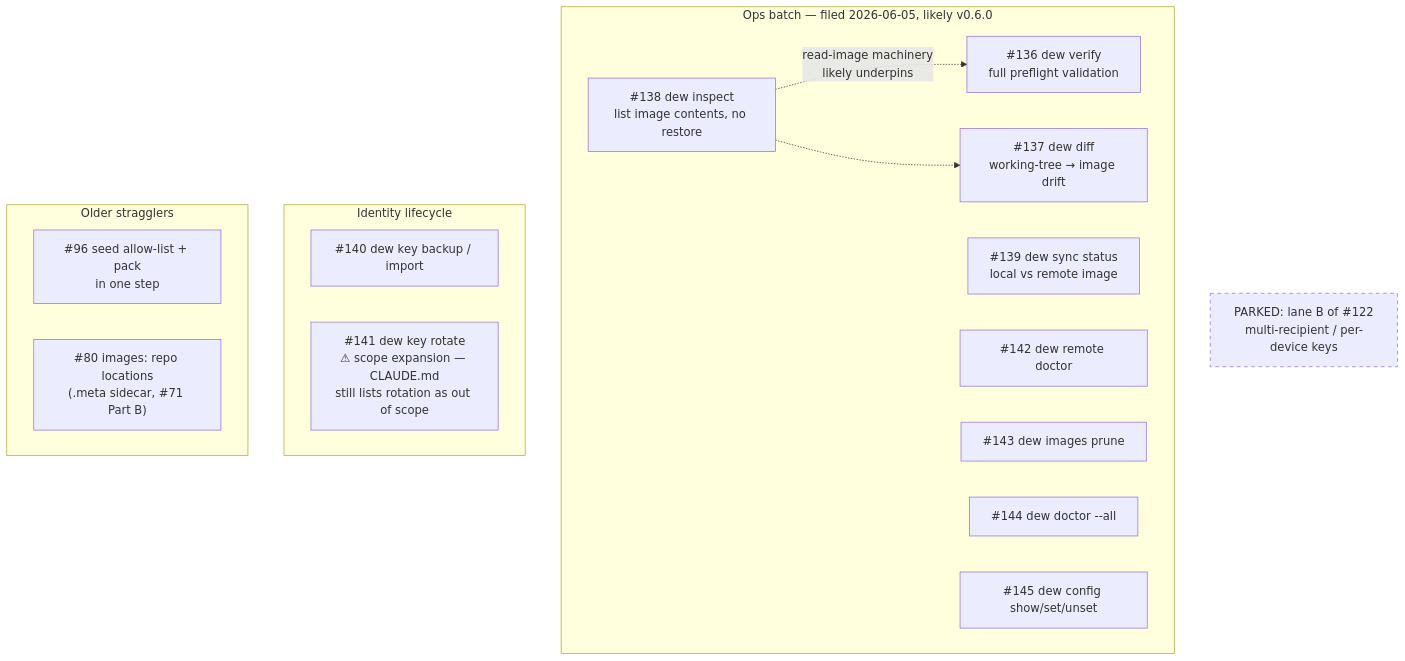
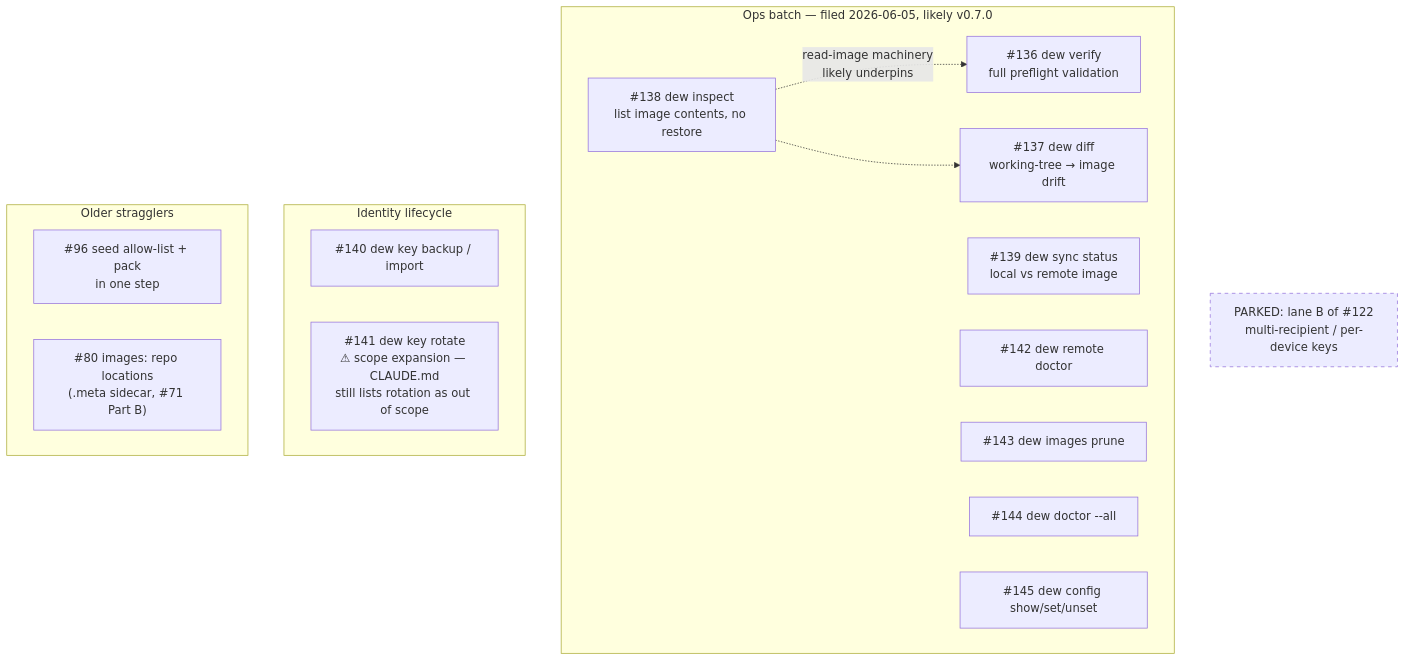
Before and after one commit to vedanta/dew: the third of 3 diagrams in docs/DEVELOPMENT.md, drawn with Mermaid. The commit also changed other lines of this file and 1 other file, not shown here.

````diff
--- a/docs/DEVELOPMENT.md
+++ b/docs/DEVELOPMENT.md
@@ -154,25 +157,25 @@
 ```mermaid
 flowchart TD
-    subgraph ops["Ops batch — filed 2026-06-05, likely v0.6.0"]
+    subgraph ops["Ops batch — filed 2026-06-05, likely v0.7.0"]
         i138["#138 dew inspect<br/>list image contents, no restore"]
         i137["#137 dew diff<br/>working-tree → image drift"]
         i136["#136 dew verify<br/>full preflight validation"]
         i139["#139 dew sync status<br/>local vs remote image"]
         i142["#142 dew remote doctor"]
         i143["#143 dew images prune"]
         i144["#144 dew doctor --all"]
         i145["#145 dew config show/set/unset"]
         i138 -. "read-image machinery<br/>likely underpins" .-> i136
         i138 -.-> i137
     end
     subgraph identity["Identity lifecycle"]
         i140["#140 dew key backup / import"]
         i141["#141 dew key rotate<br/>⚠ scope expansion — CLAUDE.md<br/>still lists rotation as out of scope"]
     end
     subgraph older["Older stragglers"]
         i96["#96 seed allow-list + pack<br/>in one step"]
         i80["#80 images: repo locations<br/>(.meta sidecar, #71 Part B)"]
     end
     parked["PARKED: lane B of #122<br/>multi-recipient / per-device keys"]
     style parked stroke-dasharray: 5 5
 ```
````
